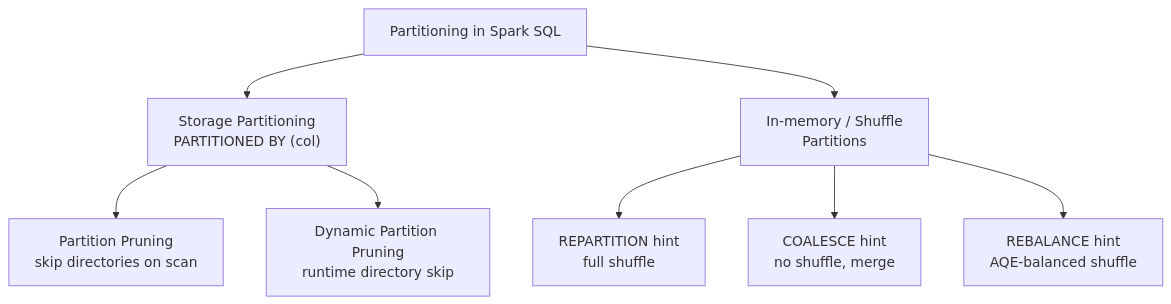
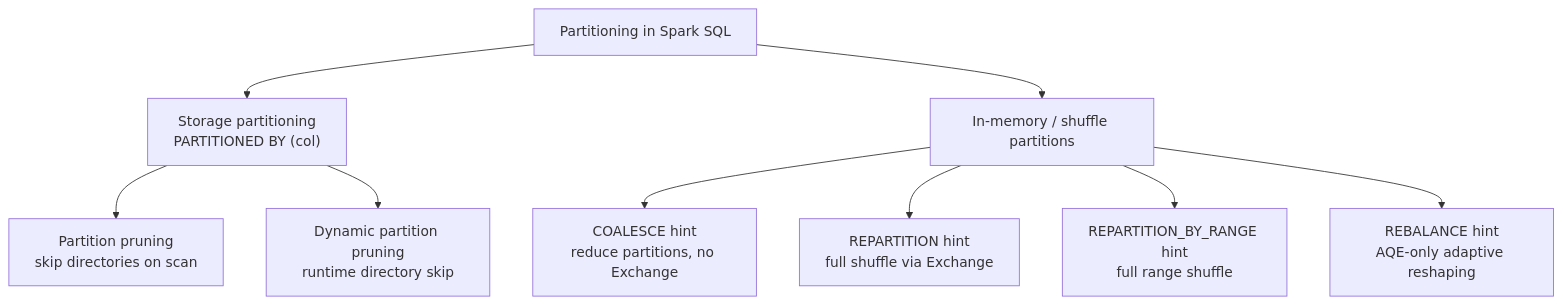
The diagram in spark-sql/docs/optimization/partition/index.md (mahfooziiitian/spark-batch), drawn with Mermaid before and after one commit. The commit also changed other lines of this file and 809 other files, not shown here.

````diff
--- a/spark-sql/docs/optimization/partition/index.md
+++ b/spark-sql/docs/optimization/partition/index.md
@@ -12,10 +19,11 @@
 ```mermaid
 flowchart TD
-    P["Partitioning in Spark SQL"] --> SP["Storage Partitioning\nPARTITIONED BY (col)"]
-    P --> IP["In-memory / Shuffle\nPartitions"]
-    SP --> PP["Partition Pruning\nskip directories on scan"]
-    SP --> DPP["Dynamic Partition Pruning\nruntime directory skip"]
-    IP --> RP["REPARTITION hint\nfull shuffle"]
-    IP --> CP["COALESCE hint\nno shuffle, merge"]
-    IP --> RB["REBALANCE hint\nAQE-balanced shuffle"]
+    P["Partitioning in Spark SQL"] --> SP["Storage partitioning\nPARTITIONED BY (col)"]
+    P --> IP["In-memory / shuffle partitions"]
+    SP --> PP["Partition pruning\nskip directories on scan"]
+    SP --> DPP["Dynamic partition pruning\nruntime directory skip"]
+    IP --> CP["COALESCE hint\nreduce partitions, no Exchange"]
+    IP --> RP["REPARTITION hint\nfull shuffle via Exchange"]
+    IP --> RR["REPARTITION_BY_RANGE hint\nfull range shuffle"]
+    IP --> RB["REBALANCE hint\nAQE-only adaptive reshaping"]
 ```
````
